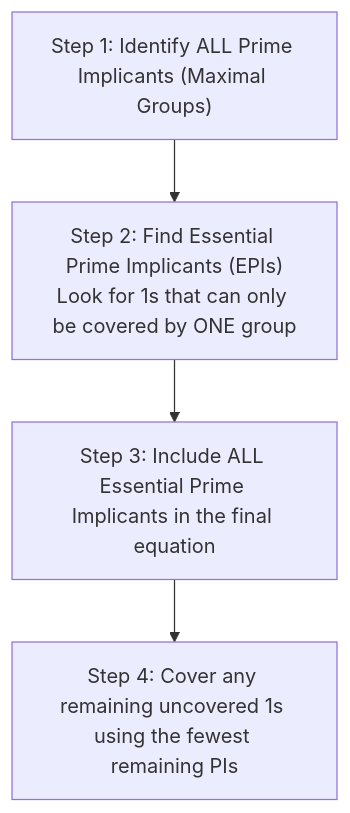
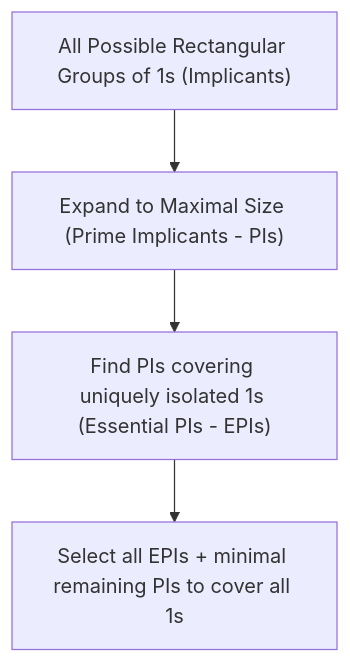
The second of 3 diagrams in DLCD/Unit 1/L03 - Karnaugh Map Minimization.md (YatishGowda09/Sem-3-CSE-Notes), drawn with Mermaid before and after one commit. The commit also changed other lines of this file and 64 other files, not shown here.

Commit message:
feat(dlcd): align DLCD curriculum strictly to UE25CS251A (SEM3-PESU) Harris & Harris MIPS architecture (24 lectures)

````diff
--- a/DLCD/Unit 1/L03 - Karnaugh Map Minimization.md
+++ b/DLCD/Unit 1/L03 - Karnaugh Map Minimization.md
@@ -116,6 +99,7 @@
 ```mermaid
 flowchart TD
-    STEP1["Step 1: Identify ALL Prime Implicants (Maximal Groups)"] --> STEP2["Step 2: Find Essential Prime Implicants (EPIs)<br/>Look for 1s that can only be covered by ONE group"]
-    STEP2 --> STEP3["Step 3: Include ALL Essential Prime Implicants in the final equation"]
-    STEP3 --> STEP4["Step 4: Cover any remaining uncovered 1s using the fewest remaining PIs"]
+    All["All Possible Rectangular Groups of 1s (Implicants)"]
+    All --> Max["Expand to Maximal Size (Prime Implicants - PIs)"]
+    Max --> Ess["Find PIs covering uniquely isolated 1s (Essential PIs - EPIs)"]
+    Ess --> Min["Select all EPIs + minimal remaining PIs to cover all 1s"]
 ```
````
